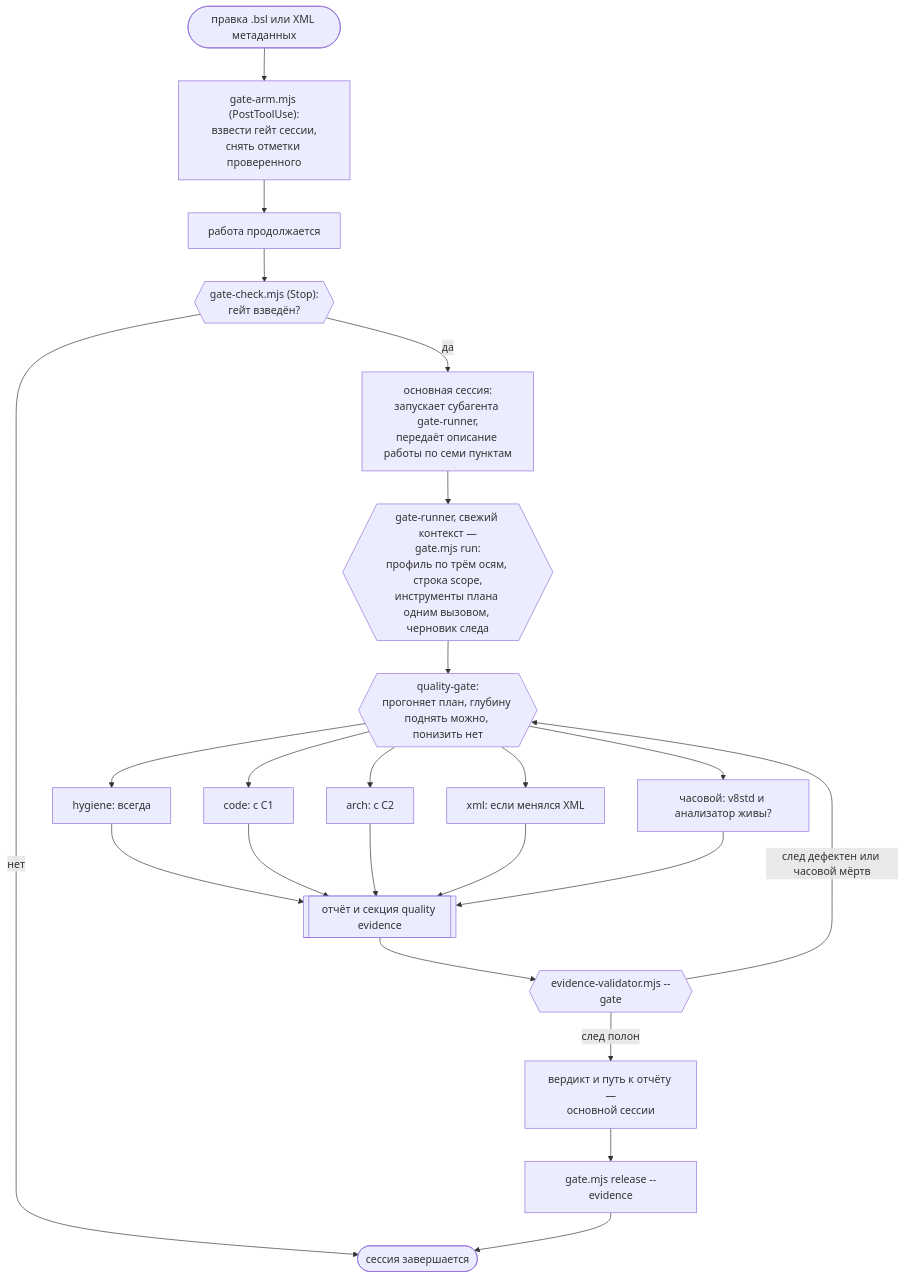
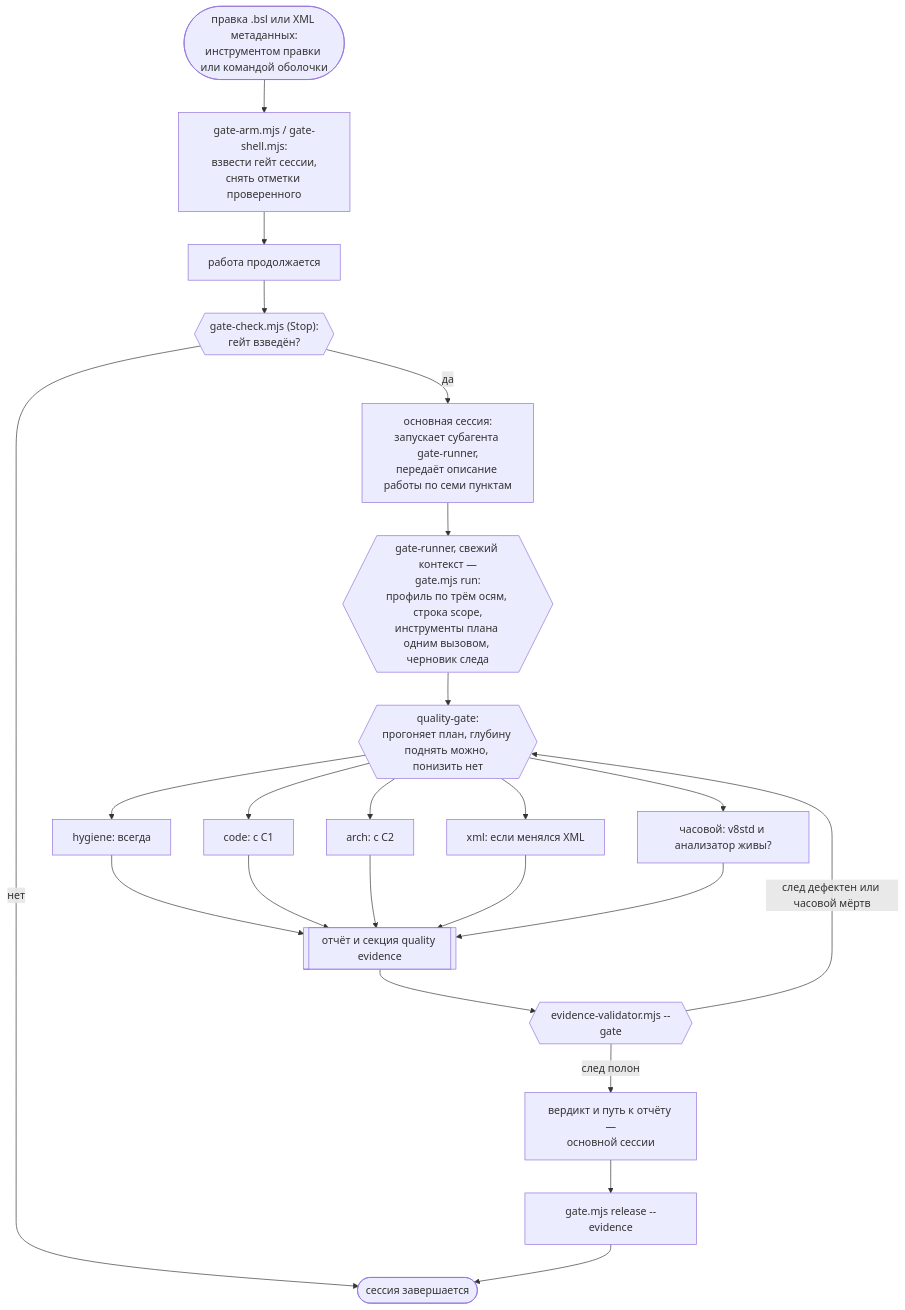
Before and after one commit to Romandredan/1c-quality-gate: the diagram in README.md, drawn with Mermaid. The commit also changed other lines of this file and 11 other files, not shown here.

First line of the commit message:
fix(гейт): взвод по правкам из оболочки и замок состояния (#39)

````diff
--- a/README.md
+++ b/README.md
@@ -412,25 +438,25 @@
 ```mermaid
 flowchart TD
-    EDIT([правка .bsl или XML метаданных]) --> ARM["gate-arm.mjs (PostToolUse):<br/>взвести гейт сессии,<br/>снять отметки проверенного"]
+    EDIT([правка .bsl или XML метаданных:<br/>инструментом правки или командой оболочки]) --> ARM["gate-arm.mjs / gate-shell.mjs:<br/>взвести гейт сессии,<br/>снять отметки проверенного"]
     ARM --> WORK[работа продолжается]
     WORK --> STOP{{"gate-check.mjs (Stop):<br/>гейт взведён?"}}
     STOP -->|нет| DONE([сессия завершается])
     STOP -->|да| HAND["основная сессия:<br/>запускает субагента gate-runner,<br/>передаёт описание работы по семи пунктам"]
     HAND --> PLAN{{"gate-runner, свежий контекст —<br/>gate.mjs run:<br/>профиль по трём осям, строка scope,<br/>инструменты плана одним вызовом, черновик следа"}}
     PLAN --> ORCH{{"quality-gate:<br/>прогоняет план, глубину поднять можно, понизить нет"}}
     ORCH --> HYG["hygiene: всегда"]
     ORCH --> CODE["code: с C1"]
     ORCH --> ARCH["arch: с C2"]
     ORCH --> XML["xml: если менялся XML"]
     ORCH --> SENT["часовой: v8std и анализатор живы?"]
     HYG --> EV[["отчёт и секция quality evidence"]]
     CODE --> EV
     ARCH --> EV
     XML --> EV
     SENT --> EV
     EV --> VAL{{"evidence-validator.mjs --gate"}}
     VAL -->|"след дефектен или часовой мёртв"| ORCH
     VAL -->|след полон| BACK["вердикт и путь к отчёту —<br/>основной сессии"]
     BACK --> REL["gate.mjs release --evidence"]
     REL --> DONE
 ```
````
